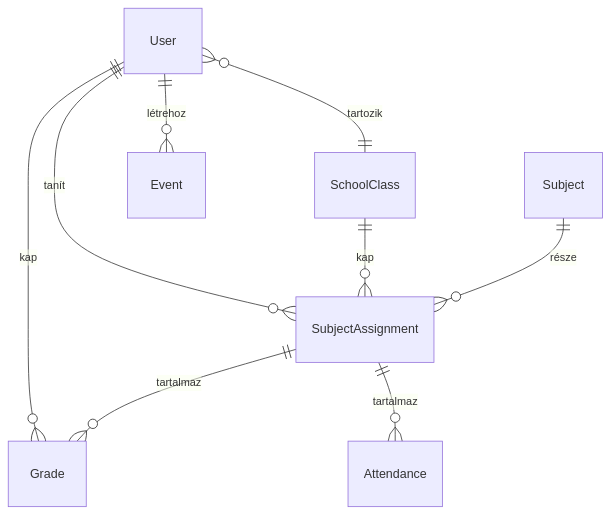
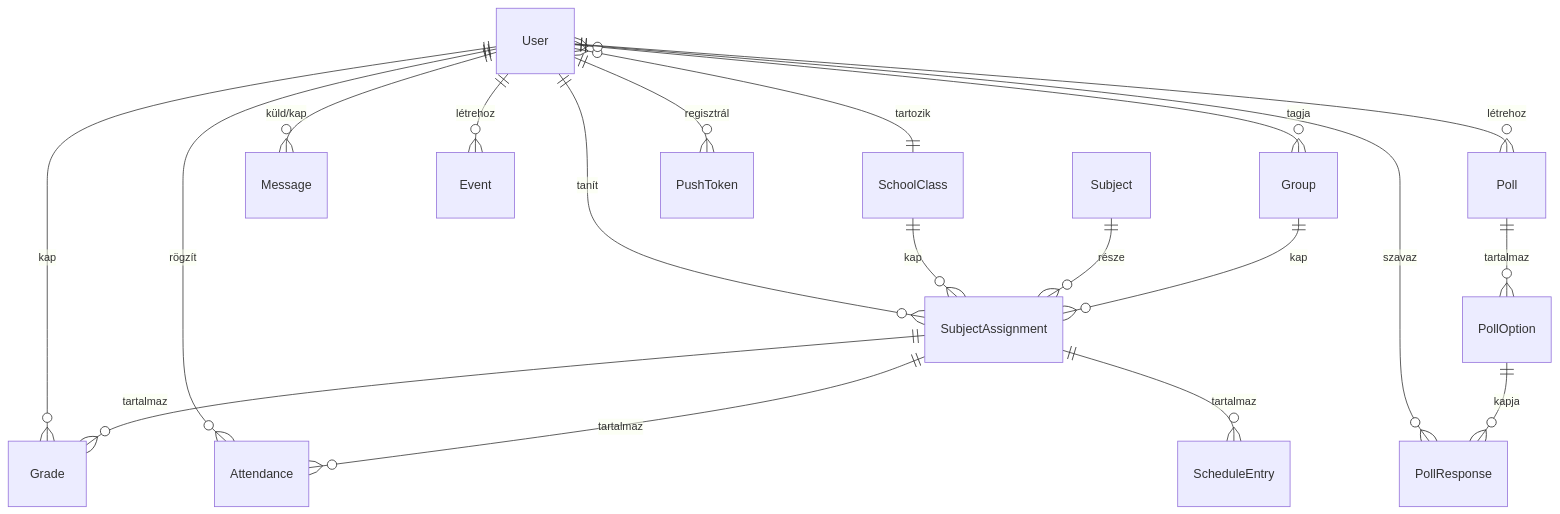
One commit to c9n6zk/oktatas-portal changed the diagram in README.md. Above: the diagram before and after it, drawn with Mermaid. The commit also changed other lines of this file and 6 other files, not shown here.

````diff
--- a/README.md
+++ b/README.md
@@ -223,11 +259,21 @@
 ```mermaid
 erDiagram
   User ||--o{ Grade : "kap"
   User ||--o{ SubjectAssignment : "tanít"
   User }o--|| SchoolClass : "tartozik"
+  User }o--o{ Group : "tagja"
+  User ||--o{ Message : "küld/kap"
+  User ||--o{ Attendance : "rögzít"
+  User ||--o{ Event : "létrehoz"
+  User ||--o{ Poll : "létrehoz"
+  User ||--o{ PollResponse : "szavaz"
+  User ||--o{ PushToken : "regisztrál"
   SchoolClass ||--o{ SubjectAssignment : "kap"
   Subject ||--o{ SubjectAssignment : "része"
+  Group ||--o{ SubjectAssignment : "kap"
   SubjectAssignment ||--o{ Grade : "tartalmaz"
   SubjectAssignment ||--o{ Attendance : "tartalmaz"
-  User ||--o{ Event : "létrehoz"
+  SubjectAssignment ||--o{ ScheduleEntry : "tartalmaz"
+  Poll ||--o{ PollOption : "tartalmaz"
+  PollOption ||--o{ PollResponse : "kapja"
 ```
````
